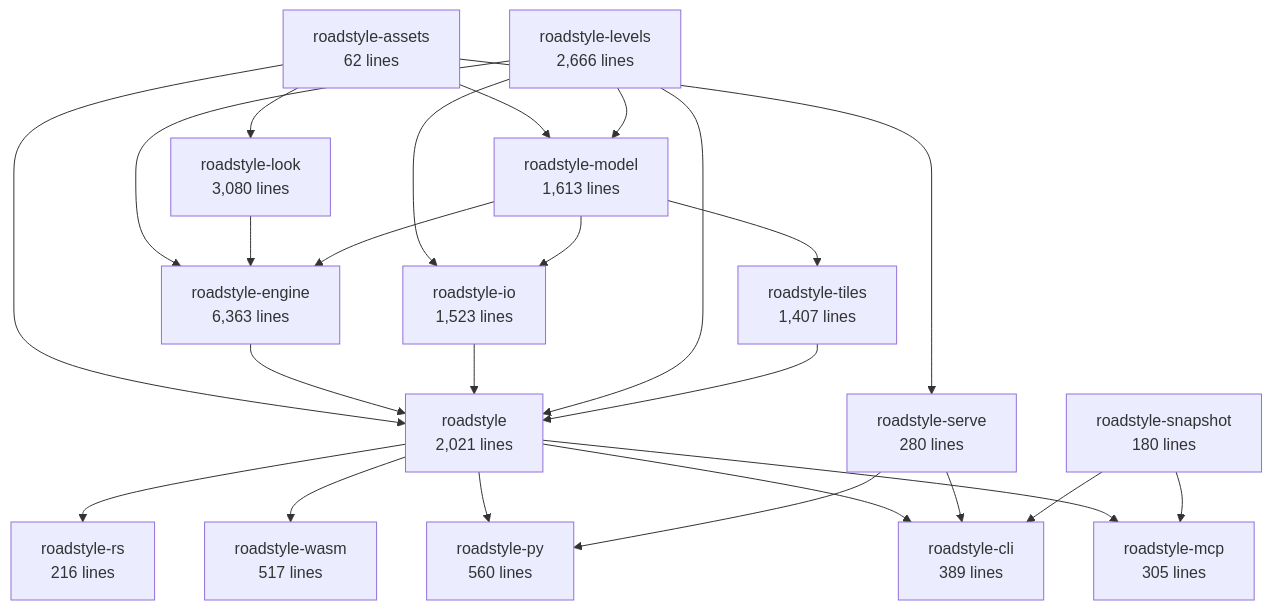
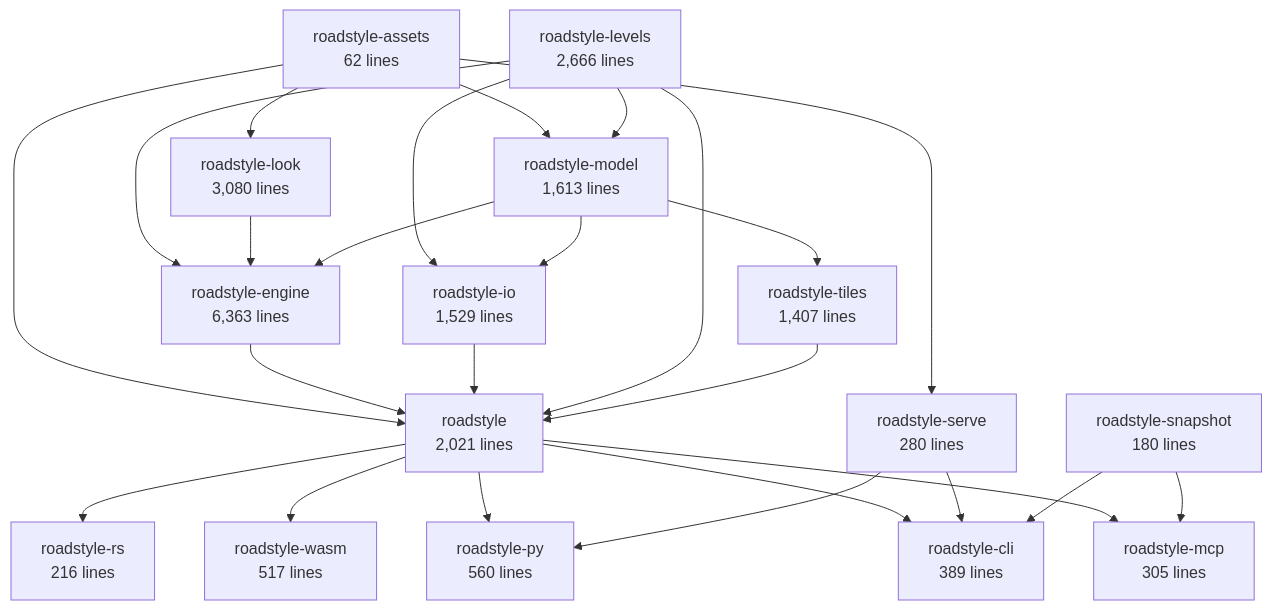
Before and after one commit to Khoshkhah/roadstyle: the second of 6 diagrams in docs/rust/architecture.md, drawn with Mermaid. The commit also changed other lines of this file, not shown here.

Commit message:
docs: architecture.md made again (rust-engine 00358b6, Look.withArg)

````diff
--- a/docs/rust/architecture.md
+++ b/docs/rust/architecture.md
@@ -70,42 +70,42 @@
 ```mermaid
 flowchart TB
     roadstyle_assets["roadstyle-assets<br/>62 lines"]
     roadstyle_model["roadstyle-model<br/>1,613 lines"]
     roadstyle_look["roadstyle-look<br/>3,080 lines"]
-    roadstyle_io["roadstyle-io<br/>1,523 lines"]
+    roadstyle_io["roadstyle-io<br/>1,529 lines"]
     roadstyle_levels["roadstyle-levels<br/>2,666 lines"]
     roadstyle_engine["roadstyle-engine<br/>6,363 lines"]
     roadstyle_tiles["roadstyle-tiles<br/>1,407 lines"]
     roadstyle["roadstyle<br/>2,021 lines"]
     roadstyle_rs["roadstyle-rs<br/>216 lines"]
     roadstyle_wasm["roadstyle-wasm<br/>517 lines"]
     roadstyle_py["roadstyle-py<br/>560 lines"]
     roadstyle_cli["roadstyle-cli<br/>389 lines"]
     roadstyle_mcp["roadstyle-mcp<br/>305 lines"]
     roadstyle_serve["roadstyle-serve<br/>280 lines"]
     roadstyle_snapshot["roadstyle-snapshot<br/>180 lines"]
     roadstyle_assets --> roadstyle_model
     roadstyle_levels --> roadstyle_model
     roadstyle_assets --> roadstyle_look
     roadstyle_levels --> roadstyle_io
     roadstyle_model --> roadstyle_io
     roadstyle_levels --> roadstyle_engine
     roadstyle_look --> roadstyle_engine
     roadstyle_model --> roadstyle_engine
     roadstyle_model --> roadstyle_tiles
     roadstyle_assets --> roadstyle
     roadstyle_engine --> roadstyle
     roadstyle_io --> roadstyle
     roadstyle_levels --> roadstyle
     roadstyle_tiles --> roadstyle
     roadstyle --> roadstyle_rs
     roadstyle --> roadstyle_wasm
     roadstyle --> roadstyle_py
     roadstyle_serve --> roadstyle_py
     roadstyle --> roadstyle_cli
     roadstyle_serve --> roadstyle_cli
     roadstyle_snapshot --> roadstyle_cli
     roadstyle --> roadstyle_mcp
     roadstyle_snapshot --> roadstyle_mcp
     roadstyle_assets --> roadstyle_serve
 ```
````
